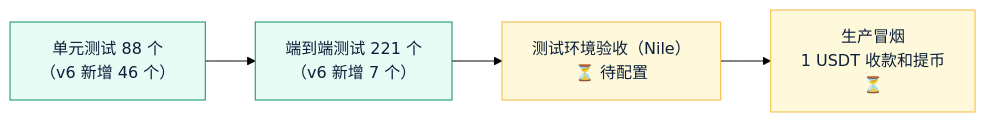
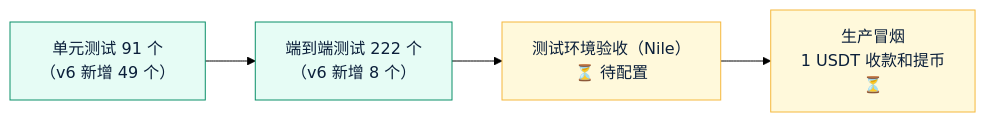
One commit to dollar3651314/amos111 changed the diagram in 测试报告/v6-测试报告.md. Above: the diagram before and after it, drawn with Mermaid (forest theme). The commit also changed other lines of this file and 8 other files, not shown here.

````diff
--- a/测试报告/v6-测试报告.md
+++ b/测试报告/v6-测试报告.md
@@ -10,11 +10,11 @@
 ```mermaid
 flowchart LR
-    U["单元测试 88 个<br/>（v6 新增 46 个）"] --> E["端到端测试 221 个<br/>（v6 新增 7 个）"]
+    U["单元测试 91 个<br/>（v6 新增 49 个）"] --> E["端到端测试 222 个<br/>（v6 新增 8 个）"]
     E --> S["测试环境验收（Nile）<br/>⏳ 待配置"]
     S --> P["生产冒烟<br/>1 USDT 收款和提币<br/>⏳"]
 
     classDef ok fill:#E6FCF5,stroke:#0A8F68,color:#0B1F3A
     classDef wait fill:#FFF9DB,stroke:#F5B83D,color:#0B1F3A
     class U,E ok
     class S,P wait
 ```
````
